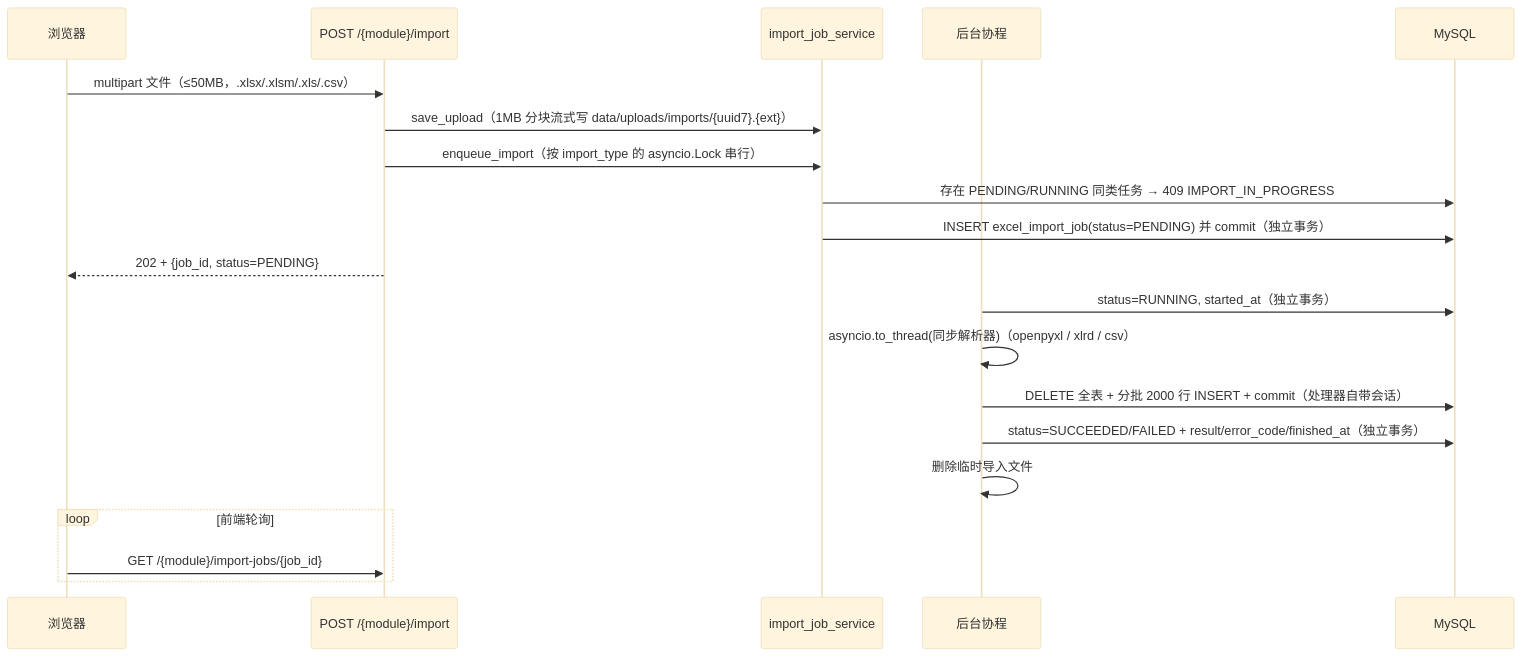
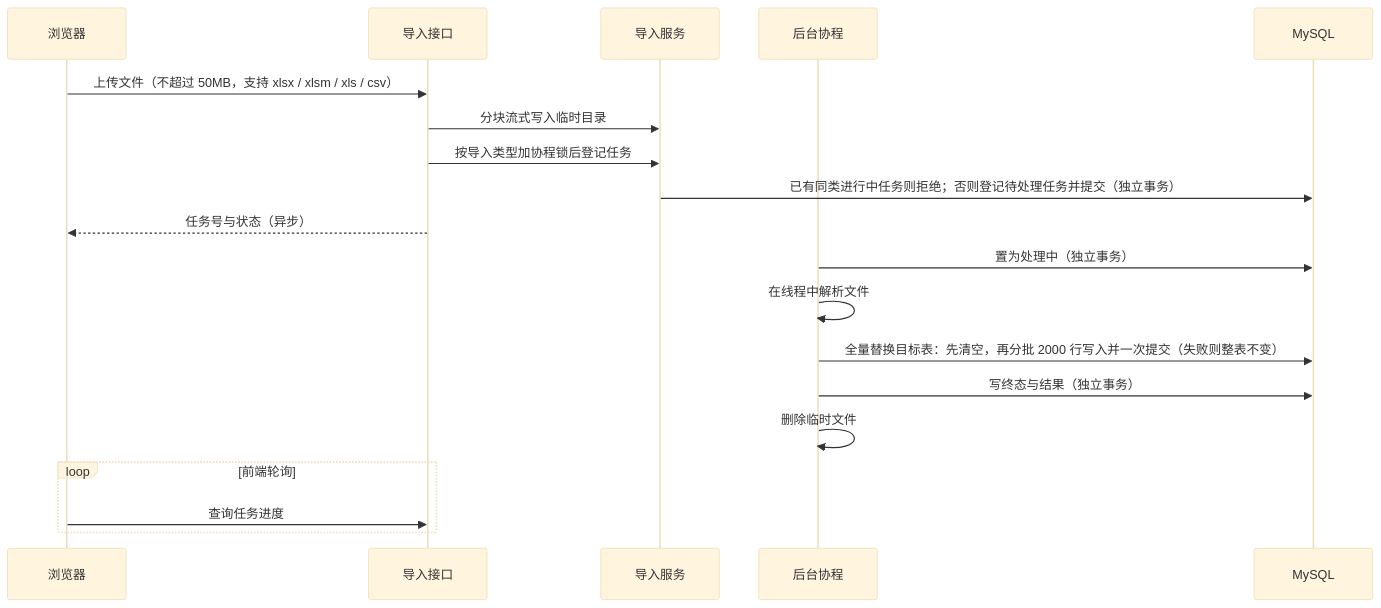
One commit to Sakana-1314/Electrical-Manager changed diagram 15 of 27 in docs/websites/pages/dev-flows.md. Above: the diagram before and after it, drawn with Mermaid (base theme). The commit also changed other lines of this file and 24 other files, not shown here.

Commit message:
docs: 重构文档站（部署指南 / 接口 / 系统设计 + 图表化） (#301)

````diff
--- a/docs/websites/pages/dev-flows.md
+++ b/docs/websites/pages/dev-flows.md
@@ -219,22 +232,21 @@
 ```mermaid
 sequenceDiagram
     participant U as 浏览器
-    participant API as POST /{module}/import
-    participant S as import_job_service
+    participant API as 导入接口
+    participant S as 导入服务
     participant BG as 后台协程
     participant DB as MySQL
-    U->>API: multipart 文件（≤50MB，.xlsx/.xlsm/.xls/.csv）
-    API->>S: save_upload（1MB 分块流式写 data/uploads/imports/{uuid7}.{ext}）
-    API->>S: enqueue_import（按 import_type 的 asyncio.Lock 串行）
-    S->>DB: 存在 PENDING/RUNNING 同类任务 → 409 IMPORT_IN_PROGRESS
-    S->>DB: INSERT excel_import_job(status=PENDING) 并 commit（独立事务）
-    API-->>U: 202 + {job_id, status=PENDING}
-    BG->>DB: status=RUNNING, started_at（独立事务）
-    BG->>BG: asyncio.to_thread(同步解析器)（openpyxl / xlrd / csv）
-    BG->>DB: DELETE 全表 + 分批 2000 行 INSERT + commit（处理器自带会话）
-    BG->>DB: status=SUCCEEDED/FAILED + result/error_code/finished_at（独立事务）
-    BG->>BG: 删除临时导入文件
+    U->>API: 上传文件（不超过 50MB，支持 xlsx / xlsm / xls / csv）
+    API->>S: 分块流式写入临时目录
+    API->>S: 按导入类型加协程锁后登记任务
+    S->>DB: 已有同类进行中任务则拒绝；否则登记待处理任务并提交（独立事务）
+    API-->>U: 任务号与状态（异步）
+    BG->>DB: 置为处理中（独立事务）
+    BG->>BG: 在线程中解析文件
+    BG->>DB: 全量替换目标表：先清空，再分批 2000 行写入并一次提交（失败则整表不变）
+    BG->>DB: 写终态与结果（独立事务）
+    BG->>BG: 删除临时文件
     loop 前端轮询
-        U->>API: GET /{module}/import-jobs/{job_id}
+        U->>API: 查询任务进度
     end
 ```
````
